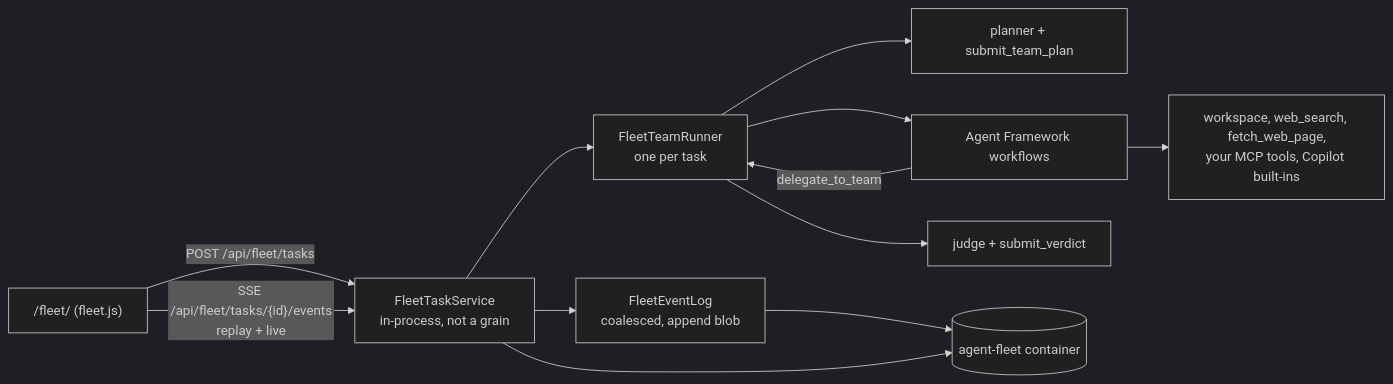
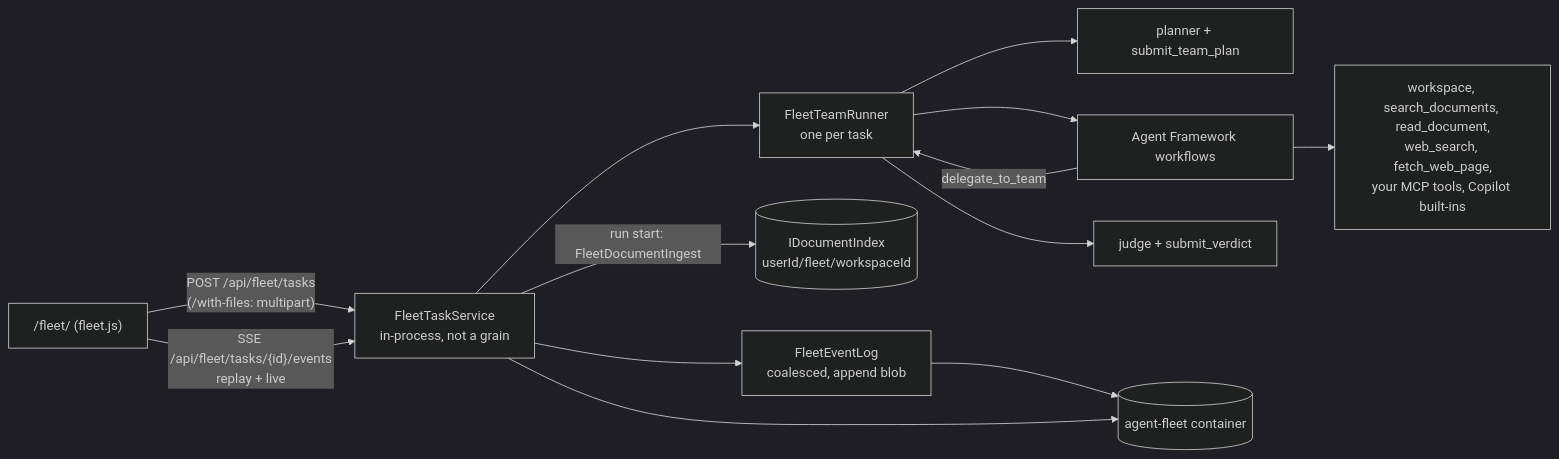
One commit to Expecho/Agent42 changed the diagram in docs/features/agent-fleet.md. Above: the diagram before and after it, drawn with Mermaid (dark theme). The commit also changed other lines of this file and 29 other files, not shown here.

First line of the commit message:
feat(fleet): attach files to a task, with a workspace-scoped vector store (ADR 0100) (#196)

````diff
--- a/docs/features/agent-fleet.md
+++ b/docs/features/agent-fleet.md
@@ -36,14 +44,15 @@
 ```mermaid
 flowchart LR
-  Page["/fleet/ (fleet.js)"] -- "POST /api/fleet/tasks" --> Service[FleetTaskService<br/>in-process, not a grain]
+  Page["/fleet/ (fleet.js)"] -- "POST /api/fleet/tasks<br/>(/with-files: multipart)" --> Service[FleetTaskService<br/>in-process, not a grain]
   Page -- "SSE /api/fleet/tasks/{id}/events<br/>replay + live" --> Service
   Service --> Runner[FleetTeamRunner<br/>one per task]
   Runner --> Planner[planner + submit_team_plan]
   Runner --> WF[Agent Framework workflows]
   Runner --> Judge[judge + submit_verdict]
   WF -- delegate_to_team --> Runner
-  WF --> Tools[workspace, web_search, fetch_web_page,<br/>your MCP tools, Copilot built-ins]
+  WF --> Tools[workspace, search_documents, read_document,<br/>web_search, fetch_web_page,<br/>your MCP tools, Copilot built-ins]
+  Service -- "run start: FleetDocumentIngest" --> Index[(IDocumentIndex<br/>userId/fleet/workspaceId)]
   Service --> Log[FleetEventLog<br/>coalesced, append blob]
   Log --> Blob[(agent-fleet container)]
   Service --> Blob
 ```
````
